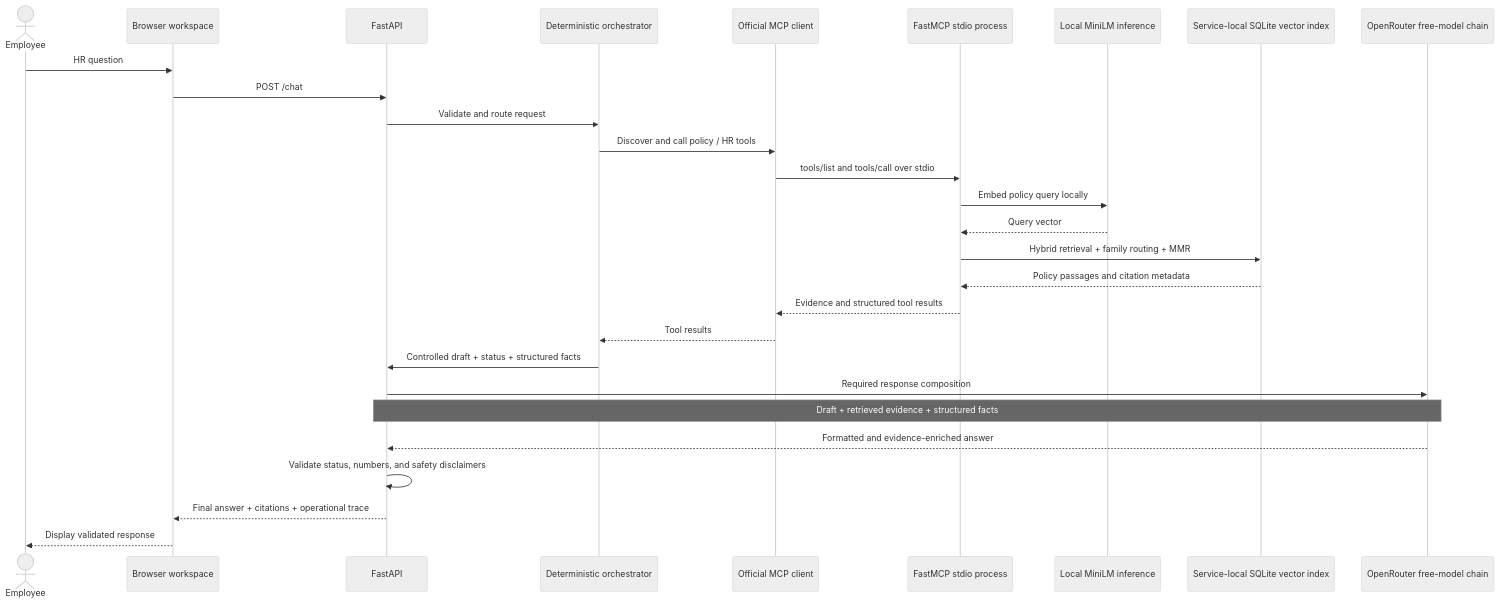
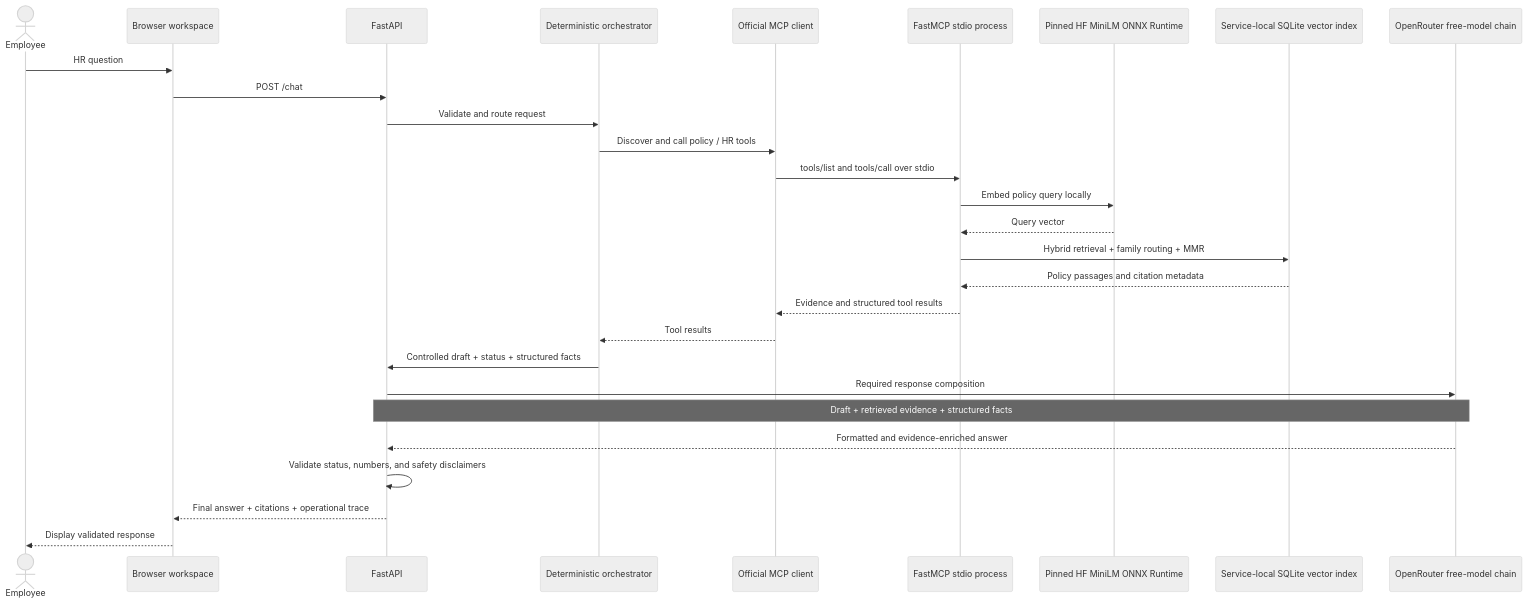
The second of 2 diagrams in docs/architecture.md (MSAIE2027/Project-HR-Agent), drawn with Mermaid (neutral theme) before and after one commit. The commit also changed other lines of this file and 34 other files, not shown here.

Commit message:
Use pinned ONNX embeddings and verify release index

````diff
--- a/docs/architecture.md
+++ b/docs/architecture.md
@@ -28,30 +28,30 @@
 ```mermaid
 sequenceDiagram
     actor Employee
     participant Browser as Browser workspace
     participant API as FastAPI
     participant Agent as Deterministic orchestrator
     participant Client as Official MCP client
     participant Server as FastMCP stdio process
-    participant MiniLM as Local MiniLM inference
+    participant MiniLM as Pinned HF MiniLM ONNX Runtime
     participant DB as Service-local SQLite vector index
     participant OR as OpenRouter free-model chain
     Employee->>Browser: HR question
     Browser->>API: POST /chat
     API->>Agent: Validate and route request
     Agent->>Client: Discover and call policy / HR tools
     Client->>Server: tools/list and tools/call over stdio
     Server->>MiniLM: Embed policy query locally
     MiniLM-->>Server: Query vector
     Server->>DB: Hybrid retrieval + family routing + MMR
     DB-->>Server: Policy passages and citation metadata
     Server-->>Client: Evidence and structured tool results
     Client-->>Agent: Tool results
     Agent->>API: Controlled draft + status + structured facts
     API->>OR: Required response composition
     Note over API,OR: Draft + retrieved evidence + structured facts
     OR-->>API: Formatted and evidence-enriched answer
     API->>API: Validate status, numbers, and safety disclaimers
     API-->>Browser: Final answer + citations + operational trace
     Browser-->>Employee: Display validated response
 ```
````
